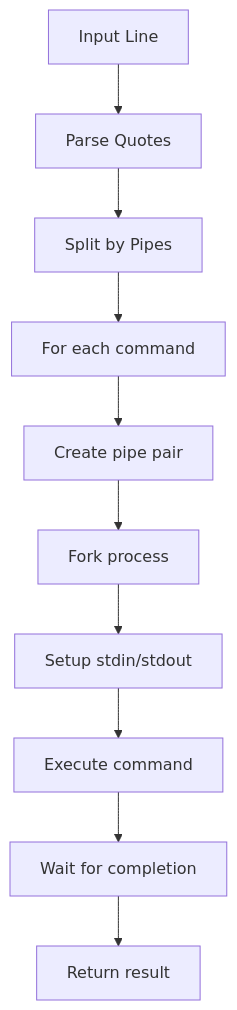
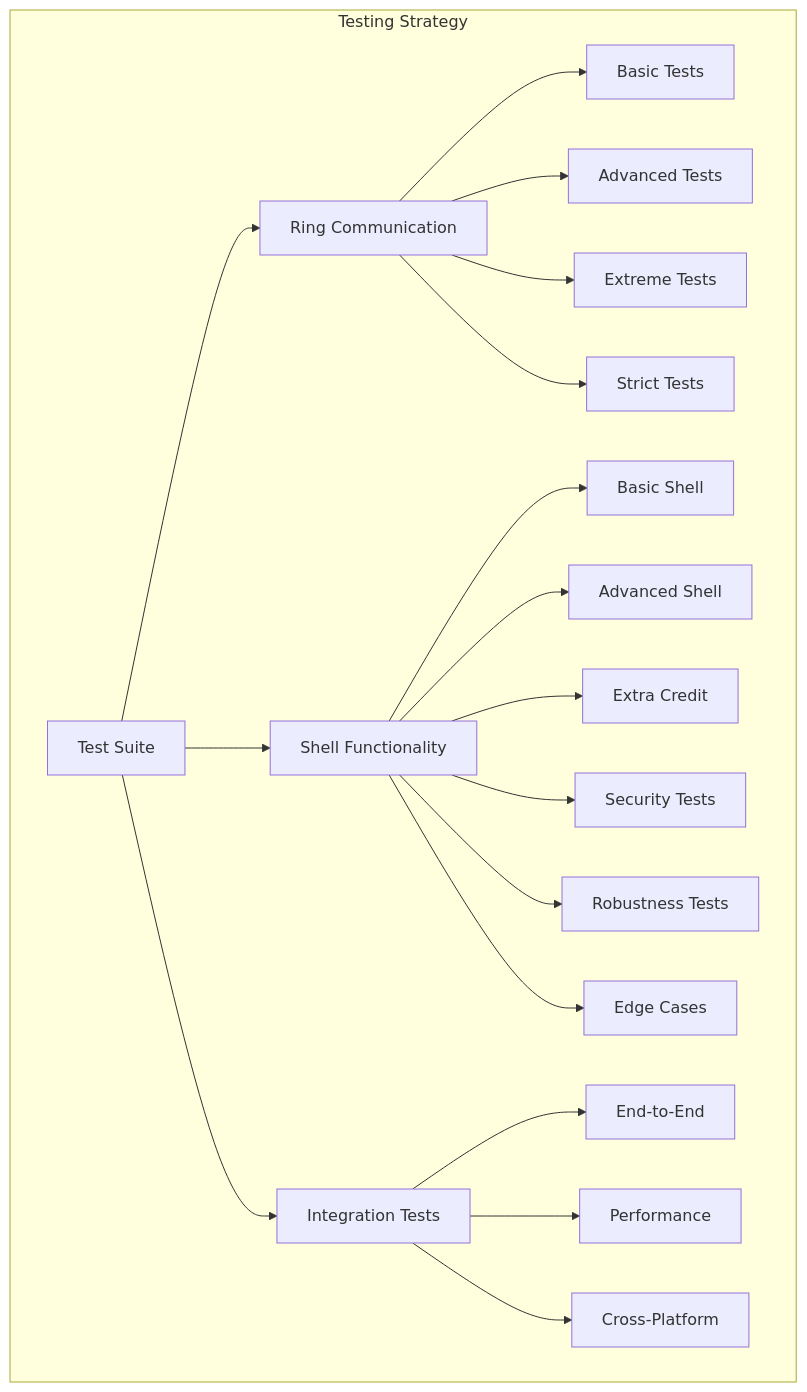
The fifth of 5 diagrams in README.md (frizynn/tp4-acso), drawn with Mermaid before and after one commit. The commit also changed other lines of this file, not shown here.

````diff
--- a/README.md
+++ b/README.md
@@ -366,12 +269,24 @@
 ```mermaid
 graph TD
-    A[Input Line] --> B[Parse Quotes]
-    B --> C[Split by Pipes]
-    C --> D[For each command]
-    D --> E[Create pipe pair]
-    E --> F[Fork process]
-    F --> G[Setup stdin/stdout]
-    G --> H[Execute command]
-    H --> I[Wait for completion]
-    I --> J[Return result]
+    subgraph "Testing Strategy"
+        A[Test Suite] --> B[Ring Communication]
+        A --> C[Shell Functionality]
+        A --> D[Integration Tests]
+        
+        B --> E[Basic Tests]
+        B --> F[Advanced Tests]
+        B --> G[Extreme Tests]
+        B --> H[Strict Tests]
+        
+        C --> I[Basic Shell]
+        C --> J[Advanced Shell]
+        C --> K[Extra Credit]
+        C --> L[Security Tests]
+        C --> M[Robustness Tests]
+        C --> N[Edge Cases]
+        
+        D --> O[End-to-End]
+        D --> P[Performance]
+        D --> Q[Cross-Platform]
+    end
 ```
````
